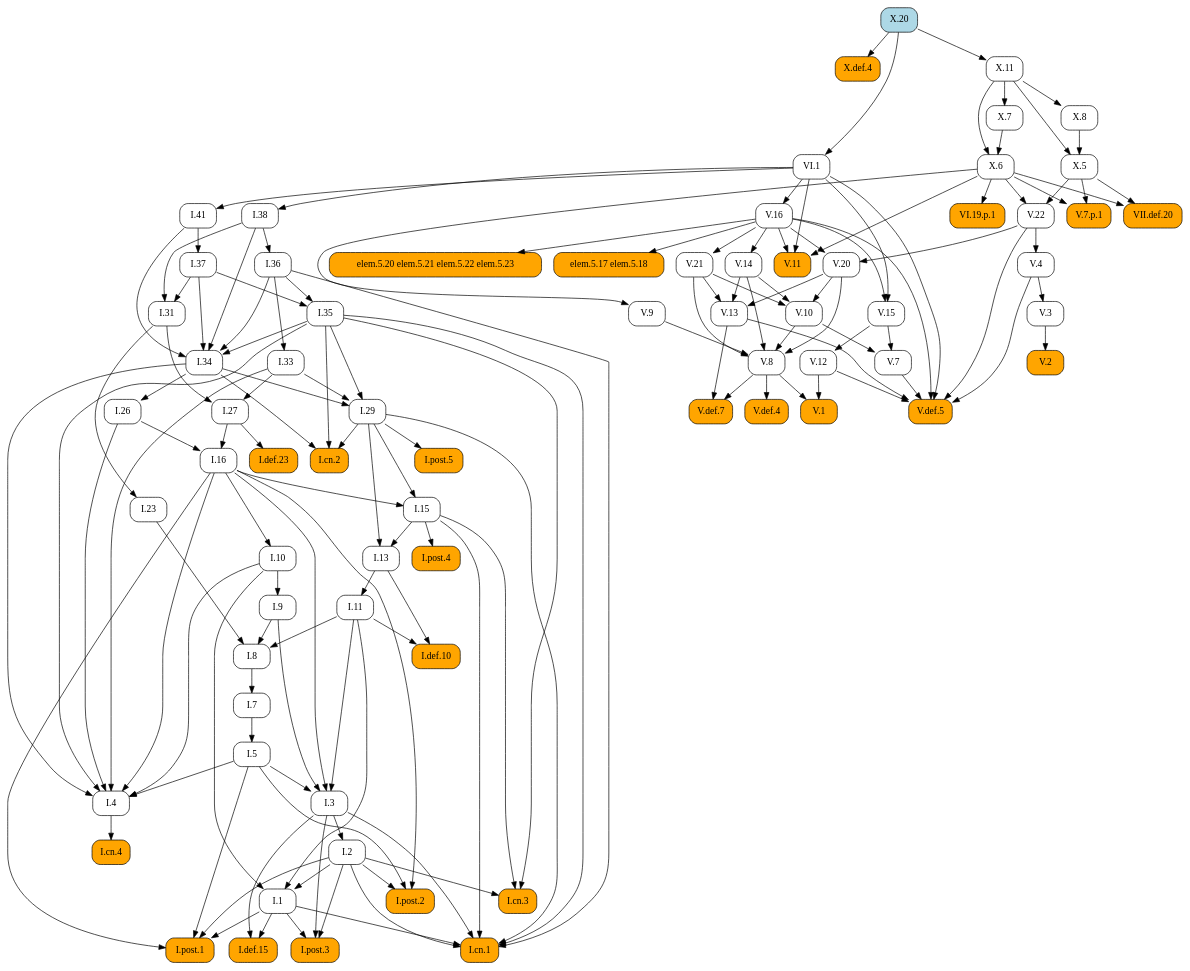
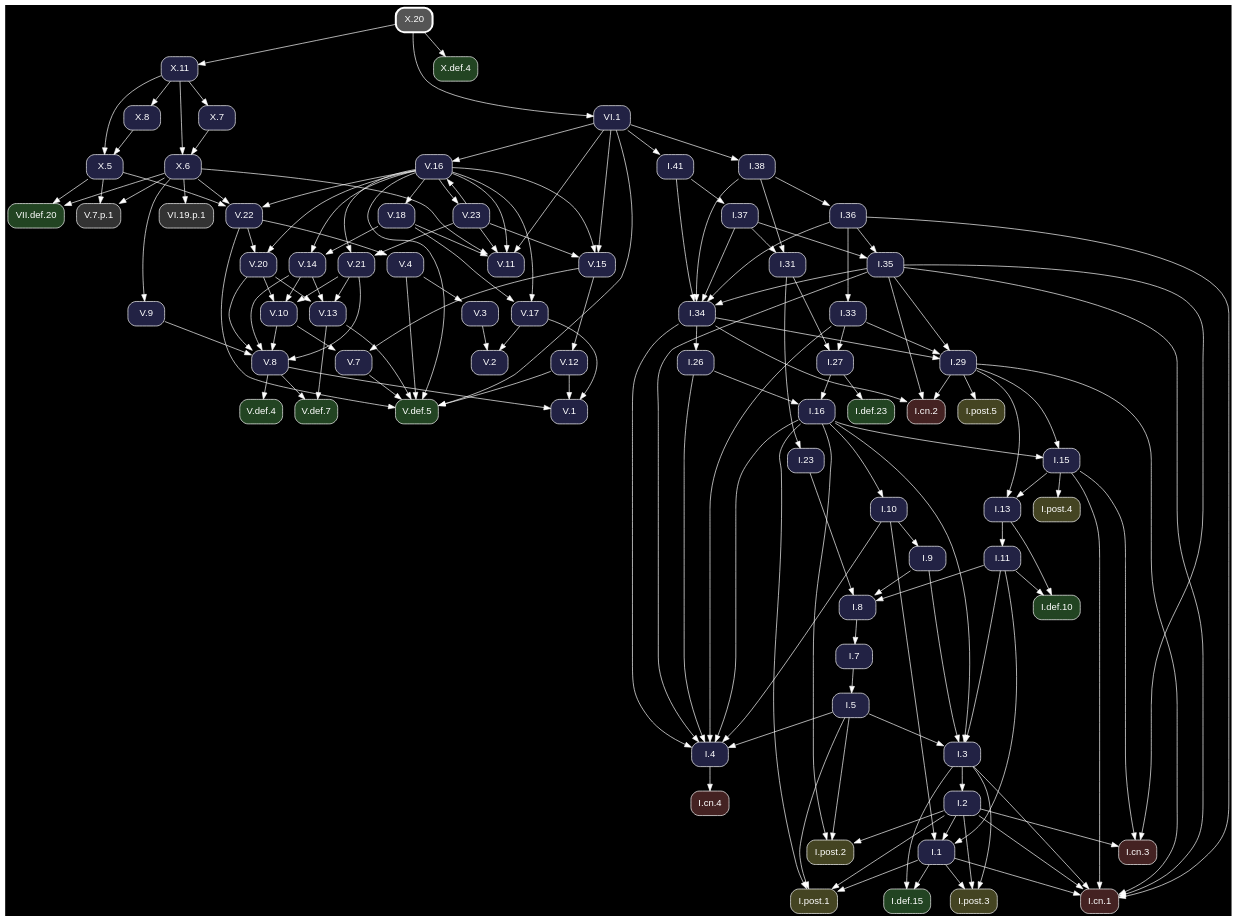
One commit to geometor/elements changed the diagram in docsrc/heath/X/20/index.rst. Above: the diagram before and after it, drawn with Graphviz. The commit also changed other lines of this file and 1200 other files, not shown here.

Commit message:
update dependency graphs

```diff
--- a/docsrc/heath/X/20/index.rst
+++ b/docsrc/heath/X/20/index.rst
@@ -37,131 +37,188 @@
 .. graphviz::
 
    digraph {
+     bgcolor="black";
+     node [shape=box, style="rounded,filled", fontname="Helvetica", color="white", fontcolor="white"];
+     edge [color="white", fontcolor="white"];
      rankdir="TB";
-     node [shape=box, style=rounded];
-     "I.23" [URL="/heath/I/23/", target="_top"];
-     "I.9" [URL="/heath/I/9/", target="_top"];
-     "I.def.15" [style="rounded,filled", fillcolor=orange, URL="/heath/I/def.15/", target="_top"];
-     "V.13" [URL="/heath/V/13/", target="_top"];
-     "V.7" [URL="/heath/V/7/", target="_top"];
-     "elem.5.17 elem.5.18" [style="rounded,filled", fillcolor=orange];
-     "V.7.p.1" [style="rounded,filled", fillcolor=orange];
-     "I.post.1" [style="rounded,filled", fillcolor=orange, URL="/heath/I/post.1/", target="_top"];
-     "V.14" [URL="/heath/V/14/", target="_top"];
-     "X.6" [URL="/heath/X/6/", target="_top"];
-     "V.9" [URL="/heath/V/9/", target="_top"];
-     "I.31" [URL="/heath/I/31/", target="_top"];
-     "V.10" [URL="/heath/V/10/", target="_top"];
-     "I.def.10" [style="rounded,filled", fillcolor=orange, URL="/heath/I/def.10/", target="_top"];
-     "V.4" [URL="/heath/V/4/", target="_top"];
-     "X.def.4" [style="rounded,filled", fillcolor=orange, URL="/heath/X/def.4/", target="_top"];
-     "VI.1" [URL="/heath/VI/1/", target="_top"];
-     "V.11" [style="rounded,filled", fillcolor=orange, URL="/heath/V/11/", target="_top"];
-     "X.20" [style="rounded,filled", fillcolor=lightblue, URL="/heath/X/20/", target="_top"];
-     "I.34" [URL="/heath/I/34/", target="_top"];
-     "VII.def.20" [style="rounded,filled", fillcolor=orange, URL="/heath/VII/def.20/", target="_top"];
-     "I.3" [URL="/heath/I/3/", target="_top"];
-     "V.def.4" [style="rounded,filled", fillcolor=orange, URL="/heath/V/def.4/", target="_top"];
-     "V.def.7" [style="rounded,filled", fillcolor=orange, URL="/heath/V/def.7/", target="_top"];
-     "V.21" [URL="/heath/V/21/", target="_top"];
-     "I.2" [URL="/heath/I/2/", target="_top"];
-     "V.3" [URL="/heath/V/3/", target="_top"];
-     "I.13" [URL="/heath/I/13/", target="_top"];
-     "I.post.4" [style="rounded,filled", fillcolor=orange, URL="/heath/I/post.4/", target="_top"];
-     "I.4" [URL="/heath/I/4/", target="_top"];
-     "I.1" [URL="/heath/I/1/", target="_top"];
-     "I.8" [URL="/heath/I/8/", target="_top"];
-     "I.29" [URL="/heath/I/29/", target="_top"];
-     "I.38" [URL="/heath/I/38/", target="_top"];
-     "V.8" [URL="/heath/V/8/", target="_top"];
-     "I.15" [URL="/heath/I/15/", target="_top"];
-     "I.10" [URL="/heath/I/10/", target="_top"];
-     "I.11" [URL="/heath/I/11/", target="_top"];
-     "I.def.23" [style="rounded,filled", fillcolor=orange, URL="/heath/I/def.23/", target="_top"];
-     "I.26" [URL="/heath/I/26/", target="_top"];
-     "V.16" [URL="/heath/V/16/", target="_top"];
-     "I.33" [URL="/heath/I/33/", target="_top"];
-     "X.11" [URL="/heath/X/11/", target="_top"];
-     "X.8" [URL="/heath/X/8/", target="_top"];
-     "I.post.3" [style="rounded,filled", fillcolor=orange, URL="/heath/I/post.3/", target="_top"];
-     "V.def.5" [style="rounded,filled", fillcolor=orange, URL="/heath/V/def.5/", target="_top"];
-     "V.20" [URL="/heath/V/20/", target="_top"];
-     "I.27" [URL="/heath/I/27/", target="_top"];
-     "V.12" [URL="/heath/V/12/", target="_top"];
-     "I.35" [URL="/heath/I/35/", target="_top"];
-     "I.cn.1" [style="rounded,filled", fillcolor=orange, URL="/heath/I/cn.1/", target="_top"];
-     "V.2" [style="rounded,filled", fillcolor=orange, URL="/heath/V/2/", target="_top"];
-     "I.7" [URL="/heath/I/7/", target="_top"];
-     "I.36" [URL="/heath/I/36/", target="_top"];
-     "X.5" [URL="/heath/X/5/", target="_top"];
-     "I.5" [URL="/heath/I/5/", target="_top"];
-     "I.37" [URL="/heath/I/37/", target="_top"];
-     "VI.19.p.1" [style="rounded,filled", fillcolor=orange];
-     "I.cn.3" [style="rounded,filled", fillcolor=orange, URL="/heath/I/cn.3/", target="_top"];
-     "I.16" [URL="/heath/I/16/", target="_top"];
-     "X.7" [URL="/heath/X/7/", target="_top"];
-     "V.22" [URL="/heath/V/22/", target="_top"];
-     "V.1" [style="rounded,filled", fillcolor=orange, URL="/heath/V/1/", target="_top"];
-     "I.cn.2" [style="rounded,filled", fillcolor=orange, URL="/heath/I/cn.2/", target="_top"];
-     "I.post.5" [style="rounded,filled", fillcolor=orange, URL="/heath/I/post.5/", target="_top"];
-     "I.cn.4" [style="rounded,filled", fillcolor=orange, URL="/heath/I/cn.4/", target="_top"];
-     "I.41" [URL="/heath/I/41/", target="_top"];
-     "V.15" [URL="/heath/V/15/", target="_top"];
-     "I.post.2" [style="rounded,filled", fillcolor=orange, URL="/heath/I/post.2/", target="_top"];
-     "elem.5.20 elem.5.21 elem.5.22 elem.5.23" [style="rounded,filled", fillcolor=orange];
-     "I.31" -> "I.23";
-     "I.10" -> "I.9";
-     "I.1" -> "I.def.15";
-     "I.3" -> "I.def.15";
+     "V.15" [fillcolor="#222244", URL="/heath/V/15/", target="_top"];
+     "X.6" [fillcolor="#222244", URL="/heath/X/6/", target="_top"];
+     "I.cn.1" [fillcolor="#442222", URL="/heath/I/cn.1/", target="_top"];
+     "V.18" [fillcolor="#222244", URL="/heath/V/18/", target="_top"];
+     "V.14" [fillcolor="#222244", URL="/heath/V/14/", target="_top"];
+     "I.27" [fillcolor="#222244", URL="/heath/I/27/", target="_top"];
+     "V.23" [fillcolor="#222244", URL="/heath/V/23/", target="_top"];
+     "I.2" [fillcolor="#222244", URL="/heath/I/2/", target="_top"];
+     "I.41" [fillcolor="#222244", URL="/heath/I/41/", target="_top"];
+     "I.post.4" [fillcolor="#444422", URL="/heath/I/post.4/", target="_top"];
+     "I.26" [fillcolor="#222244", URL="/heath/I/26/", target="_top"];
+     "I.8" [fillcolor="#222244", URL="/heath/I/8/", target="_top"];
+     "V.4" [fillcolor="#222244", URL="/heath/V/4/", target="_top"];
+     "V.16" [fillcolor="#222244", URL="/heath/V/16/", target="_top"];
+     "I.7" [fillcolor="#222244", URL="/heath/I/7/", target="_top"];
+     "I.5" [fillcolor="#222244", URL="/heath/I/5/", target="_top"];
+     "V.11" [fillcolor="#222244", URL="/heath/V/11/", target="_top"];
+     "V.def.4" [fillcolor="#224422", URL="/heath/V/def.4/", target="_top"];
+     "V.20" [fillcolor="#222244", URL="/heath/V/20/", target="_top"];
+     "X.5" [fillcolor="#222244", URL="/heath/X/5/", target="_top"];
+     "I.11" [fillcolor="#222244", URL="/heath/I/11/", target="_top"];
+     "I.37" [fillcolor="#222244", URL="/heath/I/37/", target="_top"];
+     "I.cn.3" [fillcolor="#442222", URL="/heath/I/cn.3/", target="_top"];
+     "I.36" [fillcolor="#222244", URL="/heath/I/36/", target="_top"];
+     "I.38" [fillcolor="#222244", URL="/heath/I/38/", target="_top"];
+     "I.post.2" [fillcolor="#444422", URL="/heath/I/post.2/", target="_top"];
+     "I.def.23" [fillcolor="#224422", URL="/heath/I/def.23/", target="_top"];
+     "X.8" [fillcolor="#222244", URL="/heath/X/8/", target="_top"];
+     "I.35" [fillcolor="#222244", URL="/heath/I/35/", target="_top"];
+     "I.post.3" [fillcolor="#444422", URL="/heath/I/post.3/", target="_top"];
+     "V.13" [fillcolor="#222244", URL="/heath/V/13/", target="_top"];
+     "I.33" [fillcolor="#222244", URL="/heath/I/33/", target="_top"];
+     "V.8" [fillcolor="#222244", URL="/heath/V/8/", target="_top"];
+     "V.10" [fillcolor="#222244", URL="/heath/V/10/", target="_top"];
+     "V.def.5" [fillcolor="#224422", URL="/heath/V/def.5/", target="_top"];
+     "V.22" [fillcolor="#222244", URL="/heath/V/22/", target="_top"];
+     "I.31" [fillcolor="#222244", URL="/heath/I/31/", target="_top"];
+     "I.3" [fillcolor="#222244", URL="/heath/I/3/", target="_top"];
+     "V.12" [fillcolor="#222244", URL="/heath/V/12/", target="_top"];
+     "I.def.10" [fillcolor="#224422", URL="/heath/I/def.10/", target="_top"];
+     "I.15" [fillcolor="#222244", URL="/heath/I/15/", target="_top"];
+     "VII.def.20" [fillcolor="#224422", URL="/heath/VII/def.20/", target="_top"];
+     "X.11" [fillcolor="#222244", URL="/heath/X/11/", target="_top"];
+     "I.13" [fillcolor="#222244", URL="/heath/I/13/", target="_top"];
+     "X.7" [fillcolor="#222244", URL="/heath/X/7/", target="_top"];
+     "X.def.4" [fillcolor="#224422", URL="/heath/X/def.4/", target="_top"];
+     "I.cn.2" [fillcolor="#442222", URL="/heath/I/cn.2/", target="_top"];
+     "I.9" [fillcolor="#222244", URL="/heath/I/9/", target="_top"];
+     "VI.19.p.1" [fillcolor="#333333"];
+     "I.1" [fillcolor="#222244", URL="/heath/I/1/", target="_top"];
+     "I.post.5" [fillcolor="#444422", URL="/heath/I/post.5/", target="_top"];
+     "I.23" [fillcolor="#222244", URL="/heath/I/23/", target="_top"];
+     "I.4" [fillcolor="#222244", URL="/heath/I/4/", target="_top"];
+     "V.7" [fillcolor="#222244", URL="/heath/V/7/", target="_top"];
+     "V.9" [fillcolor="#222244", URL="/heath/V/9/", target="_top"];
+     "VI.1" [fillcolor="#222244", URL="/heath/VI/1/", target="_top"];
+     "I.10" [fillcolor="#222244", URL="/heath/I/10/", target="_top"];
+     "V.def.7" [fillcolor="#224422", URL="/heath/V/def.7/", target="_top"];
+     "I.post.1" [fillcolor="#444422", URL="/heath/I/post.1/", target="_top"];
+     "X.20" [penwidth=3, color="white", fillcolor="#555555", URL="/heath/X/20/", target="_top"];
+     "I.16" [fillcolor="#222244", URL="/heath/I/16/", target="_top"];
+     "I.29" [fillcolor="#222244", URL="/heath/I/29/", target="_top"];
+     "I.cn.4" [fillcolor="#442222", URL="/heath/I/cn.4/", target="_top"];
+     "V.2" [fillcolor="#222244", URL="/heath/V/2/", target="_top"];
+     "V.1" [fillcolor="#222244", URL="/heath/V/1/", target="_top"];
+     "V.21" [fillcolor="#222244", URL="/heath/V/21/", target="_top"];
+     "V.7.p.1" [fillcolor="#333333"];
+     "I.34" [fillcolor="#222244", URL="/heath/I/34/", target="_top"];
+     "I.def.15" [fillcolor="#224422", URL="/heath/I/def.15/", target="_top"];
+     "V.3" [fillcolor="#222244", URL="/heath/V/3/", target="_top"];
+     "V.17" [fillcolor="#222244", URL="/heath/V/17/", target="_top"];
+     "V.16" -> "V.15";
+     "V.23" -> "V.15";
+     "VI.1" -> "V.15";
+     "X.7" -> "X.6";
+     "X.11" -> "X.6";
+     "I.1" -> "I.cn.1";
+     "I.2" -> "I.cn.1";
+     "I.3" -> "I.cn.1";
+     "I.15" -> "I.cn.1";
+     "I.29" -> "I.cn.1";
+     "I.35" -> "I.cn.1";
+     "I.36" -> "I.cn.1";
+     "V.16" -> "V.18";
+     "V.16" -> "V.14";
+     "V.18" -> "V.14";
+     "I.31" -> "I.27";
+     "I.33" -> "I.27";
+     "V.16" -> "V.23";
+     "I.3" -> "I.2";
+     "VI.1" -> "I.41";
+     "I.15" -> "I.post.4";
+     "I.34" -> "I.26";
+     "I.9" -> "I.8";
+     "I.11" -> "I.8";
+     "I.23" -> "I.8";
+     "V.22" -> "V.4";
+     "V.23" -> "V.16";
+     "VI.1" -> "V.16";
+     "I.8" -> "I.7";
+     "I.7" -> "I.5";
+     "V.16" -> "V.11";
+     "V.18" -> "V.11";
+     "V.23" -> "V.11";
+     "VI.1" -> "V.11";
+     "X.6" -> "V.11";
+     "V.8" -> "V.def.4";
+     "V.16" -> "V.20";
+     "V.22" -> "V.20";
+     "X.8" -> "X.5";
+     "X.11" -> "X.5";
+     "I.13" -> "I.11";
+     "I.41" -> "I.37";
+     "I.2" -> "I.cn.3";
+     "I.15" -> "I.cn.3";
+     "I.35" -> "I.cn.3";
+     "I.38" -> "I.36";
+     "VI.1" -> "I.38";
+     "I.2" -> "I.post.2";
+     "I.5" -> "I.post.2";
+     "I.16" -> "I.post.2";
+     "I.27" -> "I.def.23";
+     "X.11" -> "X.8";
+     "I.36" -> "I.35";
+     "I.37" -> "I.35";
+     "I.1" -> "I.post.3";
+     "I.2" -> "I.post.3";
+     "I.3" -> "I.post.3";
      "V.14" -> "V.13";
      "V.20" -> "V.13";
      "V.21" -> "V.13";
-     "V.10" -> "V.7";
-     "V.15" -> "V.7";
-     "V.16" -> "elem.5.17 elem.5.18";
-     "X.5" -> "V.7.p.1";
-     "X.6" -> "V.7.p.1";
-     "I.1" -> "I.post.1";
-     "I.2" -> "I.post.1";
-     "I.5" -> "I.post.1";
-     "I.16" -> "I.post.1";
-     "V.16" -> "V.14";
-     "X.7" -> "X.6";
-     "X.11" -> "X.6";
-     "X.6" -> "V.9";
-     "I.37" -> "I.31";
-     "I.38" -> "I.31";
+     "I.36" -> "I.33";
+     "V.9" -> "V.8";
+     "V.10" -> "V.8";
+     "V.14" -> "V.8";
+     "V.20" -> "V.8";
+     "V.21" -> "V.8";
      "V.14" -> "V.10";
      "V.20" -> "V.10";
      "V.21" -> "V.10";
-     "I.11" -> "I.def.10";
-     "I.13" -> "I.def.10";
-     "V.22" -> "V.4";
-     "X.20" -> "X.def.4";
-     "X.20" -> "VI.1";
-     "V.16" -> "V.11";
-     "VI.1" -> "V.11";
-     "X.6" -> "V.11";
-     "I.35" -> "I.34";
-     "I.36" -> "I.34";
-     "I.37" -> "I.34";
-     "I.38" -> "I.34";
-     "I.41" -> "I.34";
-     "X.5" -> "VII.def.20";
-     "X.6" -> "VII.def.20";
+     "V.4" -> "V.def.5";
+     "V.7" -> "V.def.5";
+     "V.12" -> "V.def.5";
+     "V.13" -> "V.def.5";
+     "V.16" -> "V.def.5";
+     "V.22" -> "V.def.5";
+     "VI.1" -> "V.def.5";
+     "V.16" -> "V.22";
+     "X.5" -> "V.22";
+     "X.6" -> "V.22";
+     "I.37" -> "I.31";
+     "I.38" -> "I.31";
      "I.5" -> "I.3";
      "I.9" -> "I.3";
      "I.11" -> "I.3";
      "I.16" -> "I.3";
-     "V.8" -> "V.def.4";
-     "V.8" -> "V.def.7";
-     "V.13" -> "V.def.7";
-     "V.16" -> "V.21";
-     "I.3" -> "I.2";
-     "V.4" -> "V.3";
+     "V.15" -> "V.12";
+     "I.11" -> "I.def.10";
+     "I.13" -> "I.def.10";
+     "I.16" -> "I.15";
+     "I.29" -> "I.15";
+     "X.5" -> "VII.def.20";
+     "X.6" -> "VII.def.20";
+     "X.20" -> "X.11";
      "I.15" -> "I.13";
      "I.29" -> "I.13";
-     "I.15" -> "I.post.4";
+     "X.11" -> "X.7";
+     "X.20" -> "X.def.4";
+     "I.29" -> "I.cn.2";
+     "I.34" -> "I.cn.2";
+     "I.35" -> "I.cn.2";
+     "I.10" -> "I.9";
+     "X.6" -> "VI.19.p.1";
+     "I.2" -> "I.1";
+     "I.10" -> "I.1";
+     "I.11" -> "I.1";
+     "I.29" -> "I.post.5";
+     "I.31" -> "I.23";
      "I.5" -> "I.4";
      "I.10" -> "I.4";
      "I.16" -> "I.4";
@@ -169,83 +226,40 @@
      "I.33" -> "I.4";
      "I.34" -> "I.4";
      "I.35" -> "I.4";
-     "I.2" -> "I.1";
-     "I.10" -> "I.1";
-     "I.11" -> "I.1";
-     "I.9" -> "I.8";
-     "I.11" -> "I.8";
-     "I.23" -> "I.8";
+     "V.10" -> "V.7";
+     "V.15" -> "V.7";
+     "X.6" -> "V.9";
+     "X.20" -> "VI.1";
+     "I.16" -> "I.10";
+     "V.8" -> "V.def.7";
+     "V.13" -> "V.def.7";
+     "I.1" -> "I.post.1";
+     "I.2" -> "I.post.1";
+     "I.5" -> "I.post.1";
+     "I.16" -> "I.post.1";
+     "I.26" -> "I.16";
+     "I.27" -> "I.16";
      "I.33" -> "I.29";
      "I.34" -> "I.29";
      "I.35" -> "I.29";
-     "VI.1" -> "I.38";
-     "V.9" -> "V.8";
-     "V.10" -> "V.8";
-     "V.14" -> "V.8";
-     "V.20" -> "V.8";
-     "V.21" -> "V.8";
-     "I.16" -> "I.15";
-     "I.29" -> "I.15";
-     "I.16" -> "I.10";
-     "I.13" -> "I.11";
-     "I.27" -> "I.def.23";
-     "I.34" -> "I.26";
-     "VI.1" -> "V.16";
-     "I.36" -> "I.33";
-     "X.20" -> "X.11";
-     "X.11" -> "X.8";
-     "I.1" -> "I.post.3";
-     "I.2" -> "I.post.3";
-     "I.3" -> "I.post.3";
-     "V.4" -> "V.def.5";
-     "V.7" -> "V.def.5";
-     "V.12" -> "V.def.5";
-     "V.13" -> "V.def.5";
-     "V.16" -> "V.def.5";
-     "V.22" -> "V.def.5";
-     "VI.1" -> "V.def.5";
-     "V.16" -> "V.20";
-     "V.22" -> "V.20";
-     "I.31" -> "I.27";
-     "I.33" -> "I.27";
-     "V.15" -> "V.12";
-     "I.36" -> "I.35";
-     "I.37" -> "I.35";
-     "I.1" -> "I.cn.1";
-     "I.2" -> "I.cn.1";
-     "I.3" -> "I.cn.1";
-     "I.15" -> "I.cn.1";
-     "I.29" -> "I.cn.1";
-     "I.35" -> "I.cn.1";
-     "I.36" -> "I.cn.1";
+     "I.4" -> "I.cn.4";
      "V.3" -> "V.2";
-     "I.8" -> "I.7";
-     "I.38" -> "I.36";
-     "X.8" -> "X.5";
-     "X.11" -> "X.5";
-     "I.7" -> "I.5";
-     "I.41" -> "I.37";
-     "X.6" -> "VI.19.p.1";
-     "I.2" -> "I.cn.3";
-     "I.15" -> "I.cn.3";
-     "I.35" -> "I.cn.3";
-     "I.26" -> "I.16";
-     "I.27" -> "I.16";
-     "X.11" -> "X.7";
-     "X.5" -> "V.22";
-     "X.6" -> "V.22";
+     "V.17" -> "V.2";
      "V.8" -> "V.1";
      "V.12" -> "V.1";
-     "I.29" -> "I.cn.2";
-     "I.34" -> "I.cn.2";
-     "I.35" -> "I.cn.2";
-     "I.29" -> "I.post.5";
-     "I.4" -> "I.cn.4";
-     "VI.1" -> "I.41";
-     "V.16" -> "V.15";
-     "VI.1" -> "V.15";
-     "I.2" -> "I.post.2";
-     "I.5" -> "I.post.2";
-     "I.16" -> "I.post.2";
-     "V.16" -> "elem.5.20 elem.5.21 elem.5.22 elem.5.23";
+     "V.17" -> "V.1";
+     "V.16" -> "V.21";
+     "V.23" -> "V.21";
+     "X.5" -> "V.7.p.1";
+     "X.6" -> "V.7.p.1";
+     "I.35" -> "I.34";
+     "I.36" -> "I.34";
+     "I.37" -> "I.34";
+     "I.38" -> "I.34";
+     "I.41" -> "I.34";
+     "I.1" -> "I.def.15";
+     "I.3" -> "I.def.15";
+     "V.4" -> "V.3";
+     "V.16" -> "V.17";
+     "V.18" -> "V.17";
    }
```
